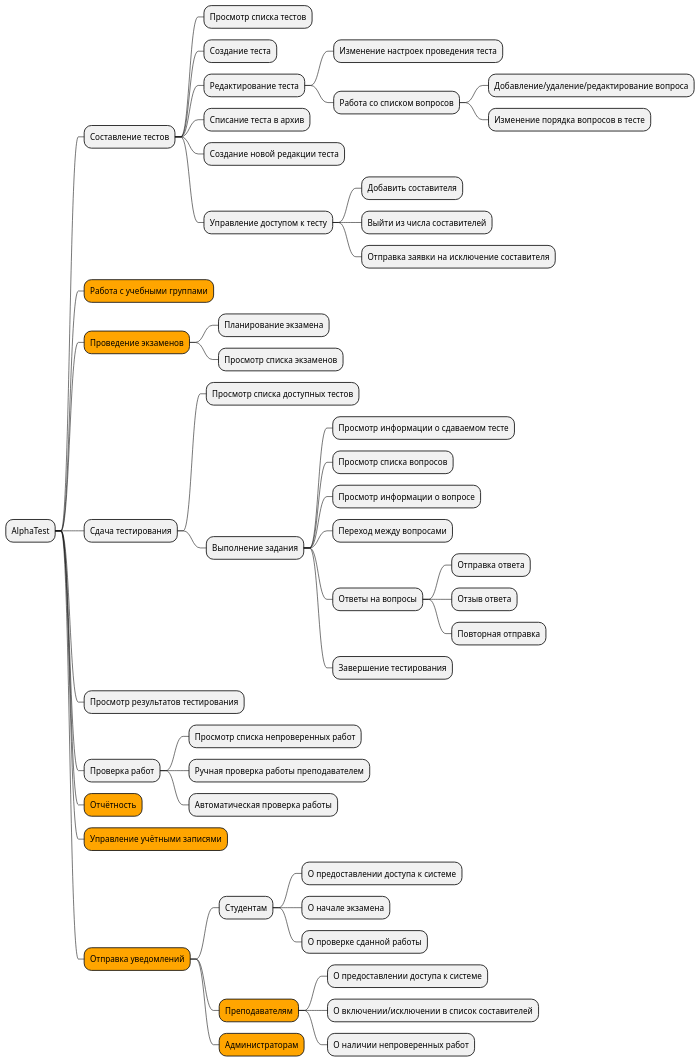
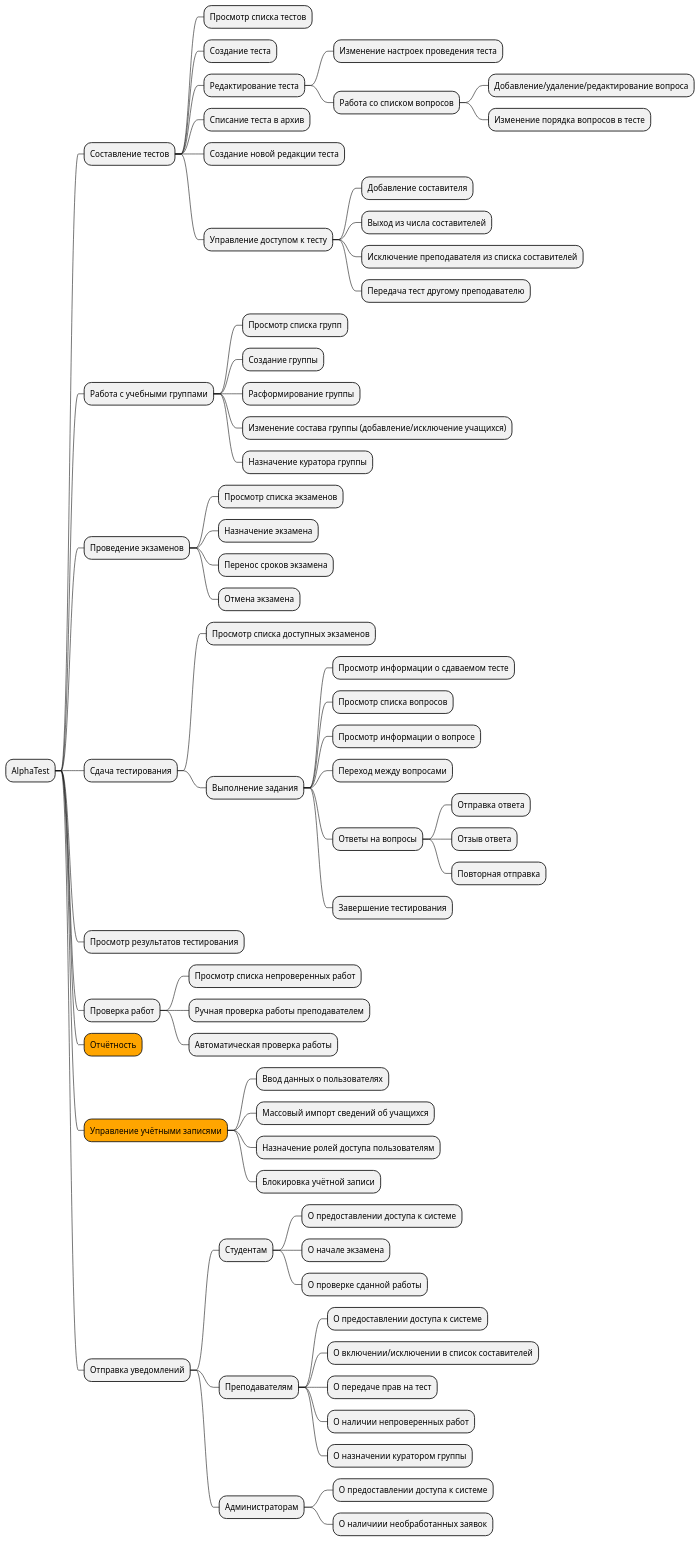
One commit to Damakshn/AlphaTest changed the diagram in docs/PlantUML/feature_tree.puml. Above: the diagram before and after it, drawn with PlantUML. The commit also changed 1 other file, not shown here.

```diff
--- a/docs/PlantUML/feature_tree.puml
+++ b/docs/PlantUML/feature_tree.puml
@@ -1,50 +1,66 @@
 @startmindmap
 * AlphaTest
 ** Составление тестов
 *** Просмотр списка тестов
 *** Создание теста
 *** Редактирование теста
 **** Изменение настроек проведения теста
 **** Работа со списком вопросов
 ***** Добавление/удаление/редактирование вопроса
 ***** Изменение порядка вопросов в тесте
 *** Списание теста в архив
 *** Создание новой редакции теста
 *** Управление доступом к тесту
-**** Добавить составителя
-**** Выйти из числа составителей
-**** Отправка заявки на исключение составителя
-**[#Orange] Работа с учебными группами
-**[#Orange] Проведение экзаменов
-*** Планирование экзамена
+**** Добавление составителя
+**** Выход из числа составителей
+**** Исключение преподавателя из списка составителей
+**** Передача тест другому преподавателю
+** Работа с учебными группами
+*** Просмотр списка групп
+*** Создание группы
+*** Расформирование группы
+*** Изменение состава группы (добавление/исключение учащихся)
+*** Назначение куратора группы
+** Проведение экзаменов
 *** Просмотр списка экзаменов
+*** Назначение экзамена
+*** Перенос сроков экзамена
+*** Отмена экзамена
 ** Сдача тестирования
-*** Просмотр списка доступных тестов
+*** Просмотр списка доступных экзаменов
 *** Выполнение задания
 **** Просмотр информации о сдаваемом тесте
 **** Просмотр списка вопросов
 **** Просмотр информации о вопросе
 **** Переход между вопросами
 **** Ответы на вопросы
 ***** Отправка ответа
 ***** Отзыв ответа
 ***** Повторная отправка
 **** Завершение тестирования
 ** Просмотр результатов тестирования
 ** Проверка работ
 *** Просмотр списка непроверенных работ
 *** Ручная проверка работы преподавателем
 *** Автоматическая проверка работы
 **[#Orange] Отчётность
 **[#Orange] Управление учётными записями
-**[#Orange] Отправка уведомлений
+*** Ввод данных о пользователях
+*** Массовый импорт сведений об учащихся
+*** Назначение ролей доступа пользователям
+*** Блокировка учётной записи
+** Отправка уведомлений
 *** Студентам
 **** О предоставлении доступа к системе
 **** О начале экзамена
 **** О проверке сданной работы
-***[#Orange] Преподавателям
+*** Преподавателям
 **** О предоставлении доступа к системе
 **** О включении/исключении в список составителей
+**** О передаче прав на тест
 **** О наличии непроверенных работ
-***[#Orange] Администраторам
+**** О назначении куратором группы
+*** Администраторам
+**** О предоставлении доступа к системе
+**** О наличиии необработанных заявок
 @endmindmap
```
